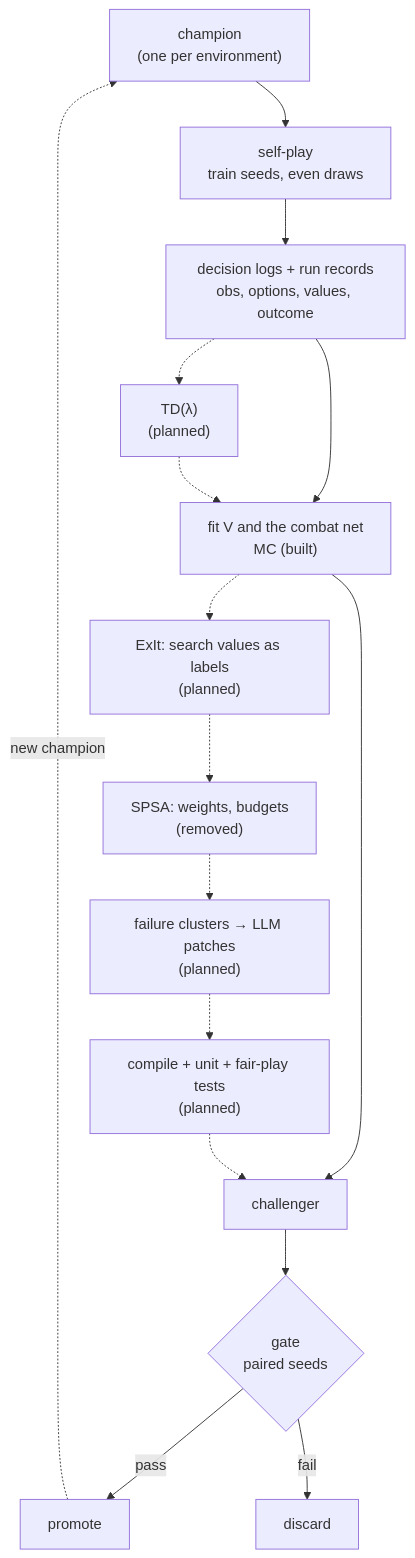
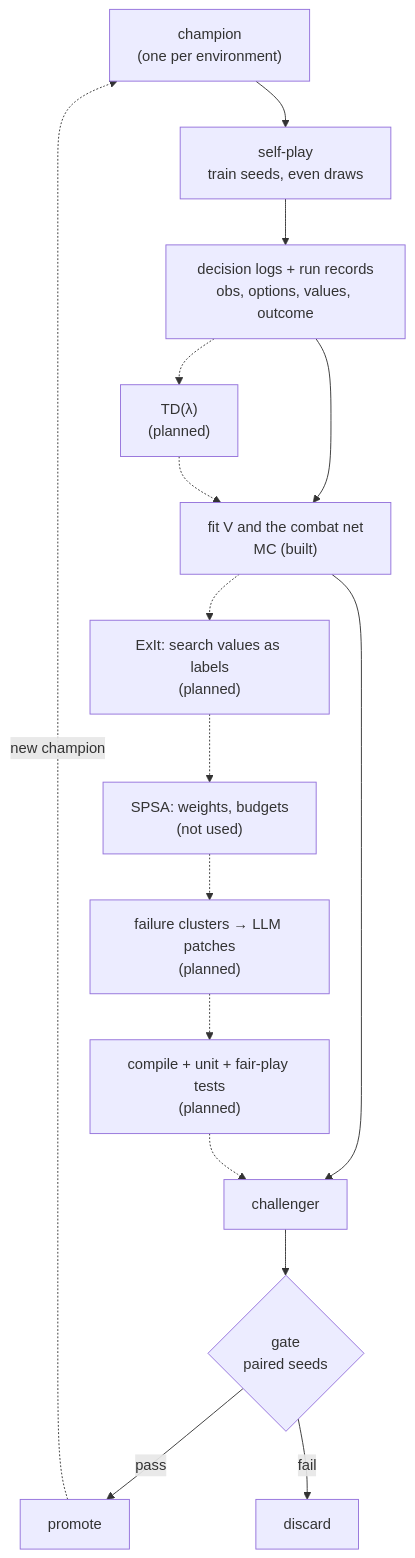
The diagram in docs/src/content/docs/en/arch/learning/loop.mdx (shinnku-nikaidou/spire-zero), drawn with Mermaid before and after one commit. The commit also changed other lines of this file and 119 other files, not shown here.

````diff
--- a/docs/src/content/docs/en/arch/learning/loop.mdx
+++ b/docs/src/content/docs/en/arch/learning/loop.mdx
@@ -21,18 +21,18 @@
 ```mermaid
 flowchart TD
   C["champion<br/>(one per environment)"] --> SP["self-play<br/>train seeds, even draws"]
   SP --> L["decision logs + run records<br/>obs, options, values, outcome"]
   L --> F["fit V and the combat net<br/>MC (built)"]
   L -.-> TD["TD(λ)<br/>(planned)"]
   TD -.-> F
   F -.-> X["ExIt: search values as labels<br/>(planned)"]
-  X -.-> T["SPSA: weights, budgets<br/>(removed)"]
+  X -.-> T["SPSA: weights, budgets<br/>(not used)"]
   T -.-> FC["failure clusters → LLM patches<br/>(planned)"]
   FC -.-> CT["compile + unit + fair-play tests<br/>(planned)"]
   F --> CH["challenger"]
   CT -.-> CH
   CH --> G{"gate<br/>paired seeds"}
   G -->|pass| PR["promote"]
   G -->|fail| D["discard"]
   PR -.->|"new champion"| C
 ```
````
